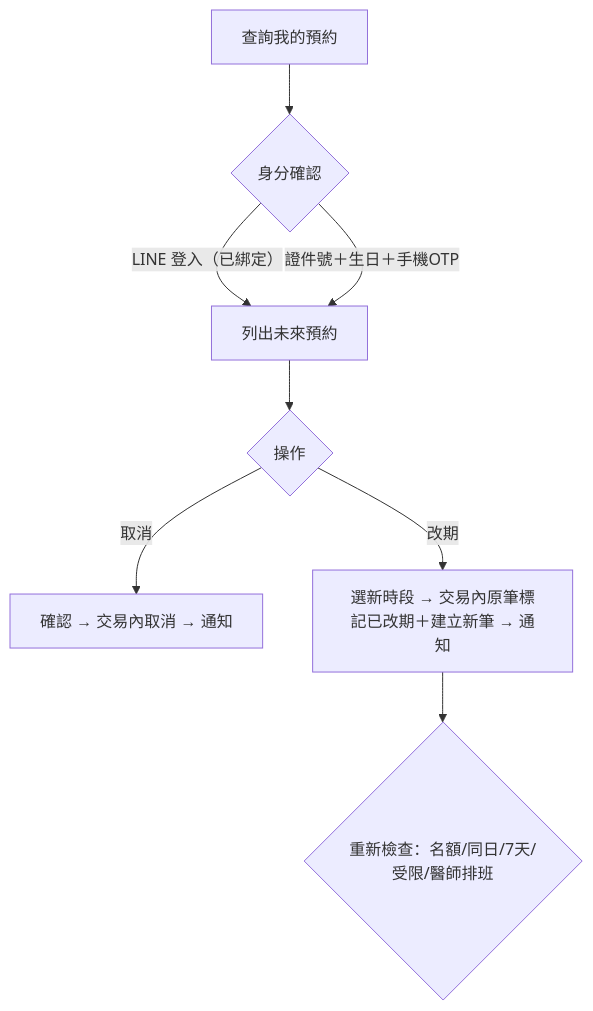
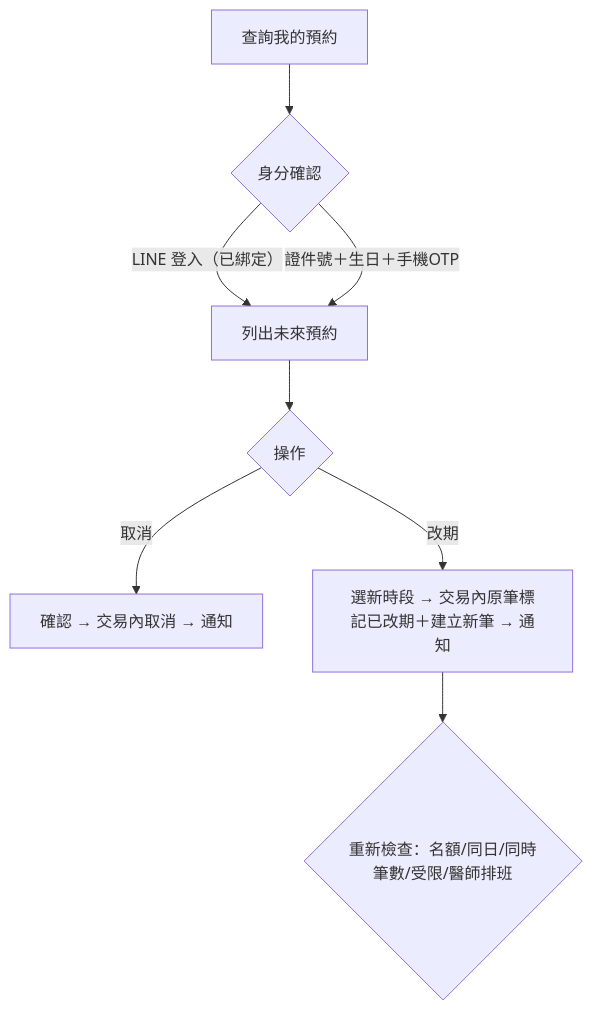
The second of 4 diagrams in booking-system/docs/02-使用流程.md (lubitsai/lihsin-clinic), drawn with Mermaid before and after one commit. The commit also changed other lines of this file and 18 other files, not shown here.

````diff
--- a/booking-system/docs/02-使用流程.md
+++ b/booking-system/docs/02-使用流程.md
@@ -30,10 +30,10 @@
 ```mermaid
 flowchart TD
     A[查詢我的預約] --> B{身分確認}
     B -->|LINE 登入（已綁定）| C[列出未來預約]
     B -->|證件號＋生日＋手機OTP| C
     C --> D{操作}
     D -->|取消| E[確認 → 交易內取消 → 通知]
     D -->|改期| F[選新時段 → 交易內原筆標記已改期＋建立新筆 → 通知]
-    F --> G{重新檢查：名額/同日/7天/受限/醫師排班}
+    F --> G{重新檢查：名額/同日/同時筆數/受限/醫師排班}
 ```
````
